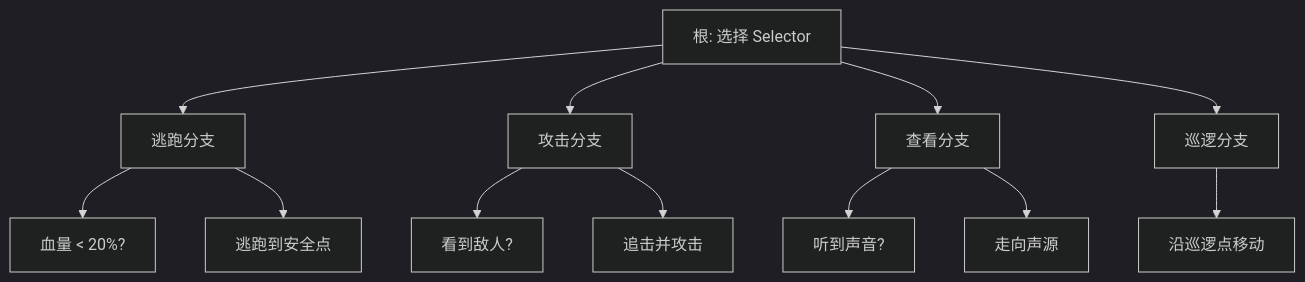
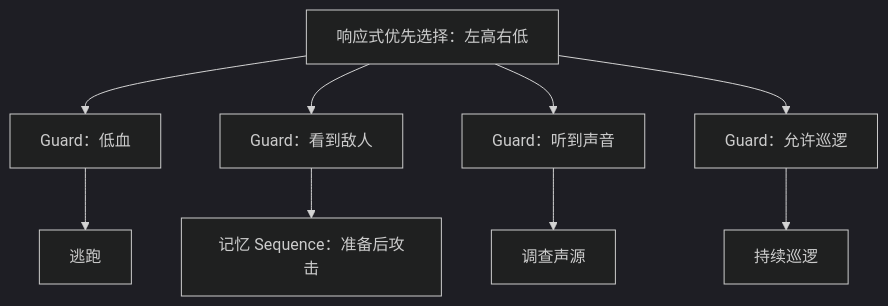
The first of 7 diagrams in 知识/06-游戏AI/感知决策与行为规划/03-行为树通用原理.md (fantuan812/learning), drawn with Mermaid (dark theme) before and after one commit. The commit also changed other lines of this file and 8 other files, not shown here.

````diff
--- a/知识/06-游戏AI/感知决策与行为规划/03-行为树通用原理.md
+++ b/知识/06-游戏AI/感知决策与行为规划/03-行为树通用原理.md
@@ -27,14 +40,11 @@
 ```mermaid
 flowchart TD
-    Root[根: 选择 Selector] --> N1[逃跑分支]
-    Root --> N2[攻击分支]
-    Root --> N3[查看分支]
-    Root --> N4[巡逻分支]
-    N1 --> C1[血量 < 20%?]
-    N1 --> A1[逃跑到安全点]
-    N2 --> C2[看到敌人?]
-    N2 --> A2[追击并攻击]
-    N3 --> C3[听到声音?]
-    N3 --> A3[走向声源]
-    N4 --> A4[沿巡逻点移动]
+    R[响应式优先选择：左高右低] --> F[Guard：低血]
+    R --> A[Guard：看到敌人]
+    R --> I[Guard：听到声音]
+    R --> P[Guard：允许巡逻]
+    F --> FT[逃跑]
+    A --> AS[记忆 Sequence：准备后攻击]
+    I --> IT[调查声源]
+    P --> PT[持续巡逻]
 ```
````
